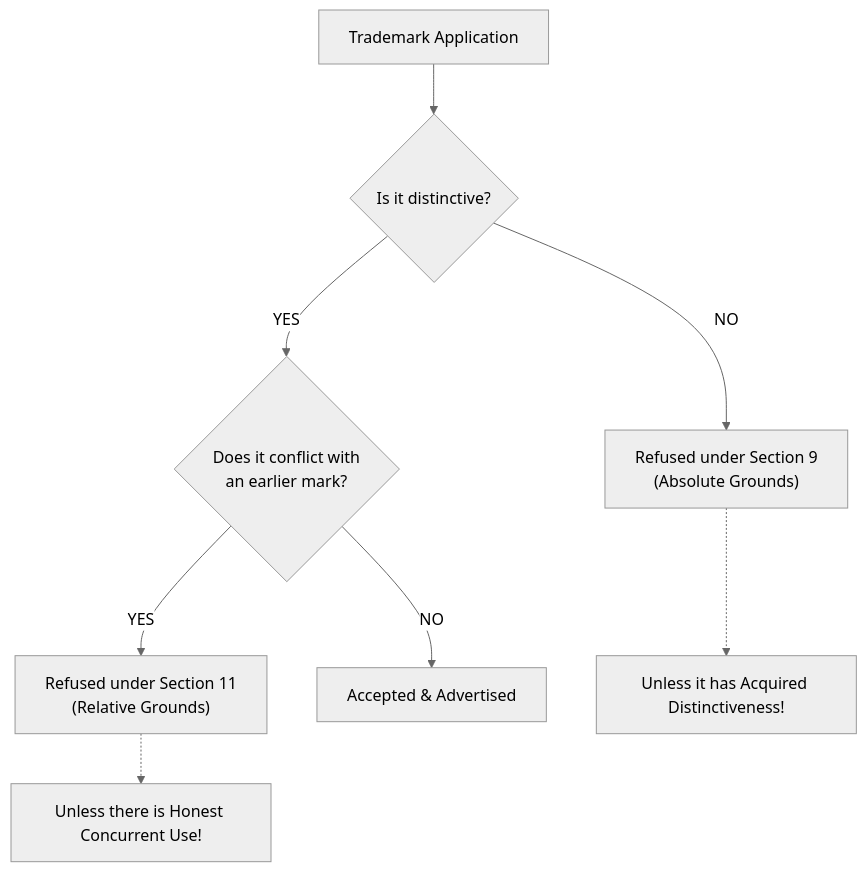
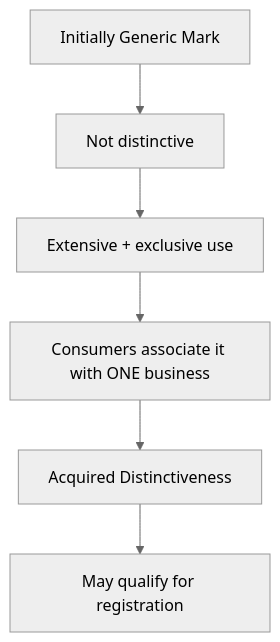
One commit to Aryns293/IPR changed the second of 6 diagrams in 11_Grounds_for_Refusal_of_Registration_of_Trademarks.md. Above: the diagram before and after it, drawn with Mermaid (neutral theme). The commit also changed other lines of this file, not shown here.

````diff
--- a/11_Grounds_for_Refusal_of_Registration_of_Trademarks.md
+++ b/11_Grounds_for_Refusal_of_Registration_of_Trademarks.md
@@ -96,11 +92,8 @@
 ```mermaid
 flowchart TD
-    A[Trademark Application] --> B{Is it distinctive?}
-    B -- NO --> C["Refused under Section 9\n(Absolute Grounds)"]
-    B -- YES --> D{Does it conflict with\nan earlier mark?}
-    D -- YES --> E["Refused under Section 11\n(Relative Grounds)"]
-    D -- NO --> F[Accepted & Advertised]
-    
-    C -.-> G[Unless it has Acquired Distinctiveness!]
-    E -.-> H[Unless there is Honest Concurrent Use!]
+    A[Initially Generic Mark] --> B[Not distinctive]
+    B --> C[Extensive + exclusive use]
+    C --> D[Consumers associate it with ONE business]
+    D --> E[Acquired Distinctiveness]
+    E --> F[May qualify for registration]
 ```
````
